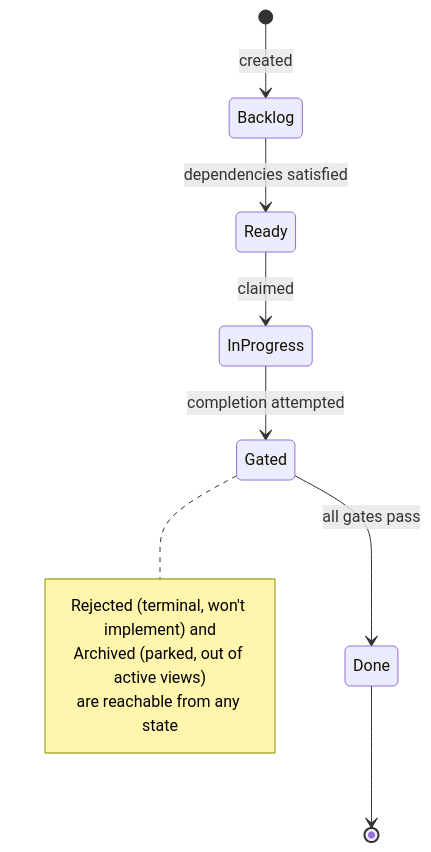
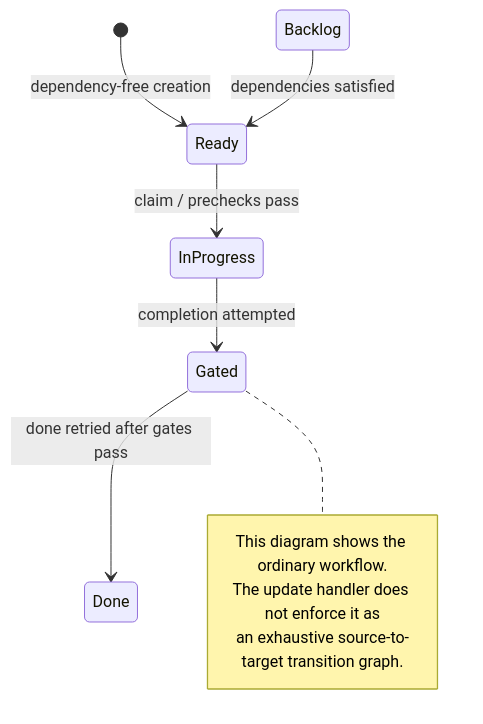
Before and after one commit to erankavija/just-in-time: the seventh of 9 diagrams in docs/concepts/core-model.md, drawn with Mermaid. The commit also changed other lines of this file and 69 other files, not shown here.

````diff
--- a/docs/concepts/core-model.md
+++ b/docs/concepts/core-model.md
@@ -709,14 +722,13 @@
 ```mermaid
 stateDiagram-v2
-    [*] --> Backlog: created
+    [*] --> Ready: dependency-free creation
     Backlog --> Ready: dependencies satisfied
-    Ready --> InProgress: claimed
+    Ready --> InProgress: claim / prechecks pass
     InProgress --> Gated: completion attempted
-    Gated --> Done: all gates pass
-    Done --> [*]
+    Gated --> Done: done retried after gates pass
     note right of Gated
-        Rejected (terminal, won't implement) and
-        Archived (parked, out of active views)
-        are reachable from any state
+        This diagram shows the ordinary workflow.
+        The update handler does not enforce it as
+        an exhaustive source-to-target transition graph.
     end note
 ```
````
